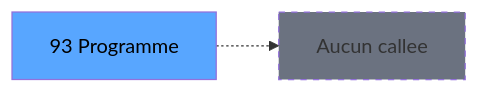
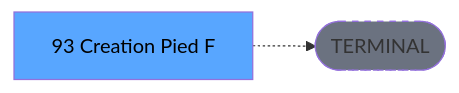
The third of 3 diagrams in .openspec/specs/ADH-IDE-93.md (thonyAGP/lecteur-magic), drawn with Mermaid before and after one commit. The commit also changed other lines of this file and 701 other files, not shown here.

````diff
--- a/.openspec/specs/ADH-IDE-93.md
+++ b/.openspec/specs/ADH-IDE-93.md
@@ -152,8 +135,8 @@
 ```mermaid
 graph LR
-    T[93 Programme]
-    NONE[Aucun callee]
-    T -.-> NONE
+    T[93 Creation Pied F]
+    TERM([TERMINAL])
+    T -.-> TERM
+    style TERM fill:#6b7280,stroke-dasharray: 5 5
     style T fill:#58a6ff,color:#000
-    style NONE fill:#6b7280,stroke-dasharray: 5 5
 ```
````
